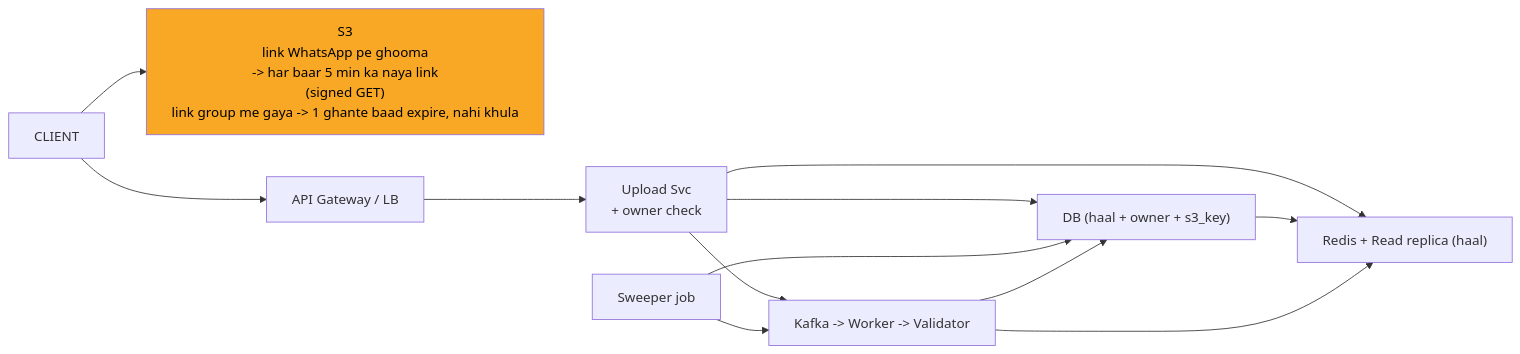
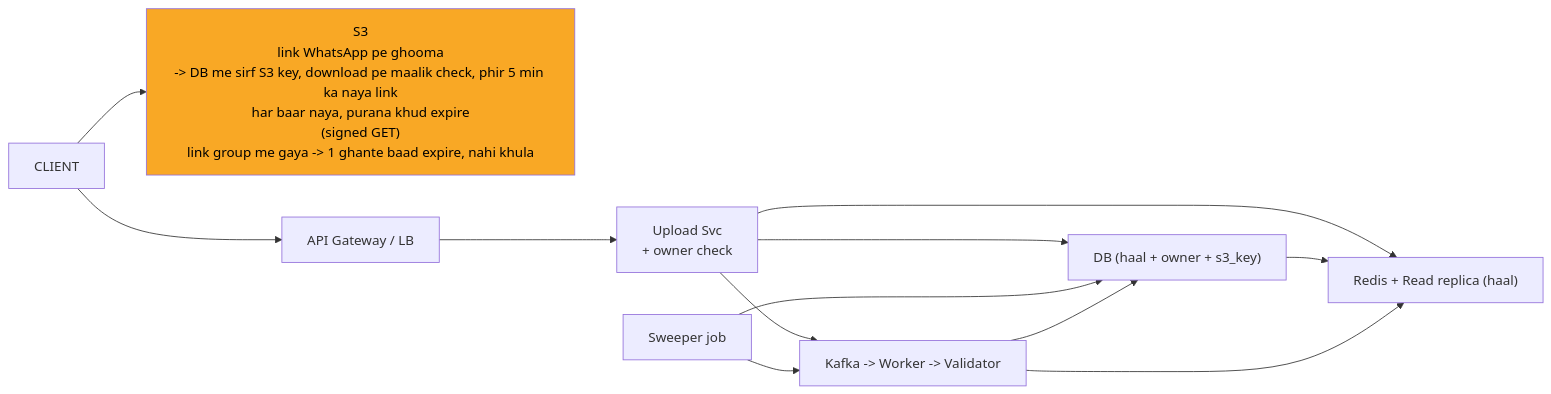
Before and after one commit to ArpanMaheshwari144/Prep: the ninth of 11 diagrams in 04_HLD/SYSTEM_DESIGNS/07_file_upload_validate_system/07_file_upload_INTERVIEW.md, drawn with Mermaid. The commit also changed other lines of this file and 13 other files, not shown here.

````diff
--- a/04_HLD/SYSTEM_DESIGNS/07_file_upload_validate_system/07_file_upload_INTERVIEW.md
+++ b/04_HLD/SYSTEM_DESIGNS/07_file_upload_validate_system/07_file_upload_INTERVIEW.md
@@ -389,24 +393,24 @@
 ```mermaid
 %%{init: {"flowchart": {"wrappingWidth": 450}}}%%
 flowchart LR
     n_CLIENT["CLIENT"]
-    n_S3["S3<br/>link WhatsApp pe ghooma<br/>-> har baar 5 min ka naya link<br/>(signed GET)<br/>link group me gaya -> 1 ghante baad expire, nahi khula"]
+    n_S3["S3<br/>link WhatsApp pe ghooma<br/>-> DB me sirf S3 key, download pe maalik check, phir 5 min ka naya link<br/>har baar naya, purana khud expire<br/>(signed GET)<br/>link group me gaya -> 1 ghante baad expire, nahi khula"]
     n_API_Gateway_LB["API Gateway / LB"]
     n_Upload_Svc["Upload Svc<br/>+ owner check"]
     n_RC["Redis + Read replica (haal)"]
     n_DB["DB (haal + owner + s3_key)"]
     n_Sweeper_job["Sweeper job"]
     n_CHAIN["Kafka -> Worker -> Validator"]
     n_CLIENT --> n_S3
     n_CLIENT --> n_API_Gateway_LB
     n_API_Gateway_LB --> n_Upload_Svc
     n_Upload_Svc --> n_RC
     n_Upload_Svc --> n_DB
     n_DB --> n_RC
     n_Upload_Svc --> n_CHAIN
     n_Sweeper_job --> n_DB
     n_Sweeper_job --> n_CHAIN
     n_CHAIN --> n_DB
     n_CHAIN --> n_RC
     style n_S3 fill:#f9a825,color:#000
 ```
````
